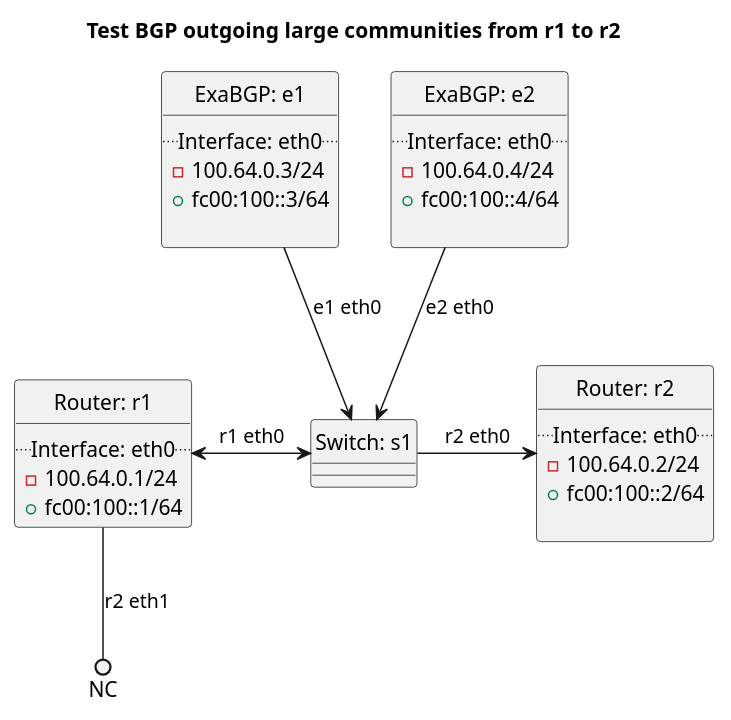
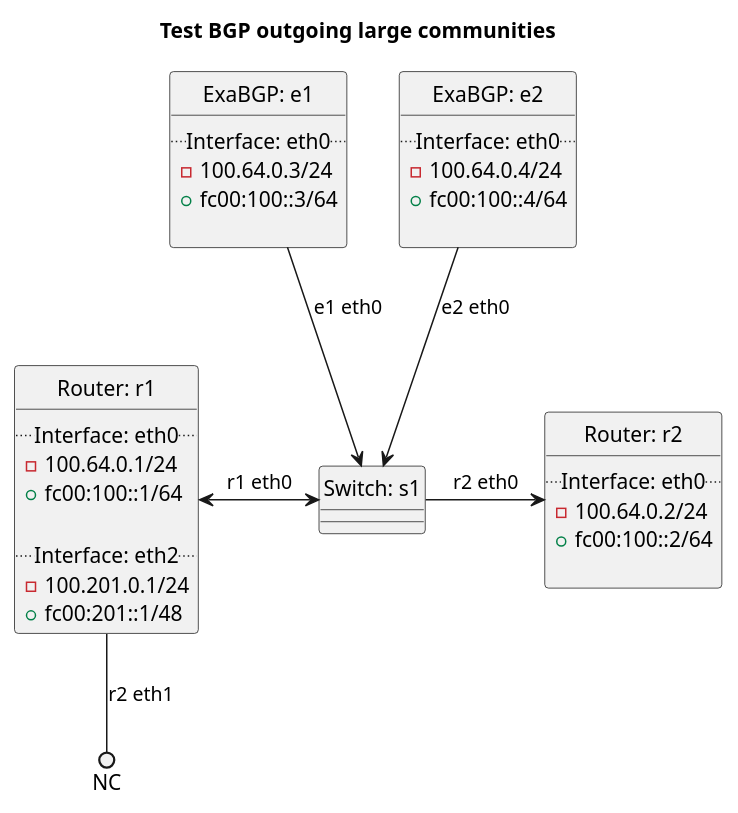
The diagram in tests/t40_bgp/t56_outgoing_large_communities/README.md (oscdev-io/birdplan), drawn with PlantUML before and after one commit. The commit also changed other lines of this file and 1499 other files, not shown here.

````diff
--- a/tests/t40_bgp/t56_outgoing_large_communities/README.md
+++ b/tests/t40_bgp/t56_outgoing_large_communities/README.md
@@ -40,45 +38,49 @@
 ```plantuml
 @startuml
 hide circle
-title Test BGP outgoing large communities from r1 to r2
+title Test BGP outgoing large communities
 
 
 class "Router: r1" {
   .. Interface: eth0 ..
 - 100.64.0.1/24
 + fc00:100::1/64
+
+  .. Interface: eth2 ..
+- 100.201.0.1/24
++ fc00:201::1/48
 }
 
 
 class "Router: r2" {
   .. Interface: eth0 ..
 - 100.64.0.2/24
 + fc00:100::2/64
 
 }
 
 class "ExaBGP: e1" {
   .. Interface: eth0 ..
 - 100.64.0.3/24
 + fc00:100::3/64
 
 }
 
 class "ExaBGP: e2" {
   .. Interface: eth0 ..
 - 100.64.0.4/24
 + fc00:100::4/64
 
 }
 
 class "Switch: s1" {}
 
 "ExaBGP: e1" -down-> "Switch: s1": e1 eth0
 "ExaBGP: e2" -down-> "Switch: s1": e2 eth0
 "Router: r1" <-> "Switch: s1": r1 eth0
 "Switch: s1" -> "Router: r2": r2 eth0
 "Router: r1" --() NC: r2 eth1
 
 
 @enduml
 ```
````
